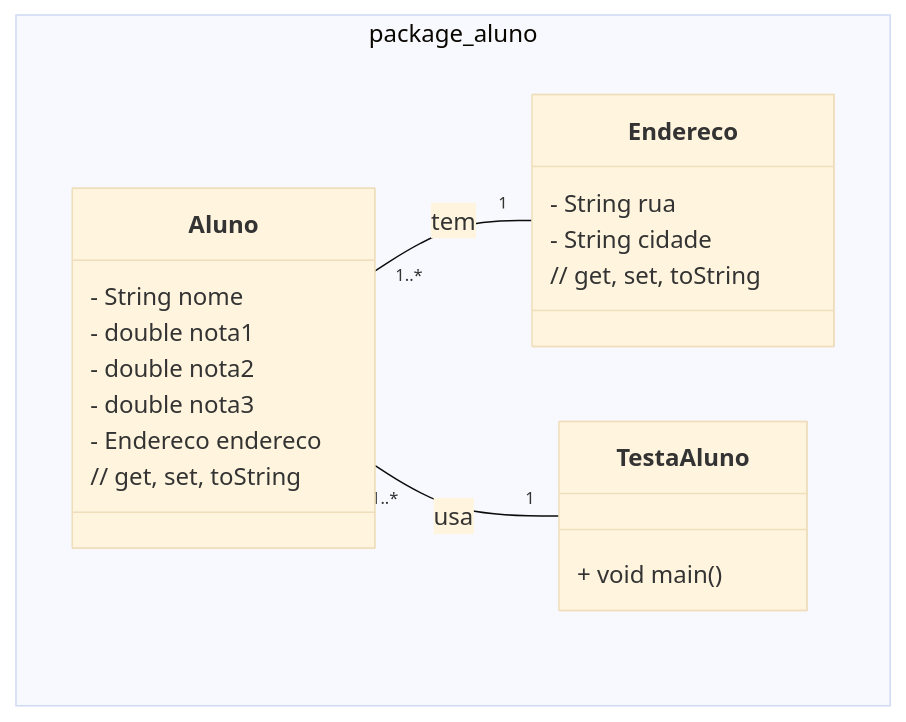
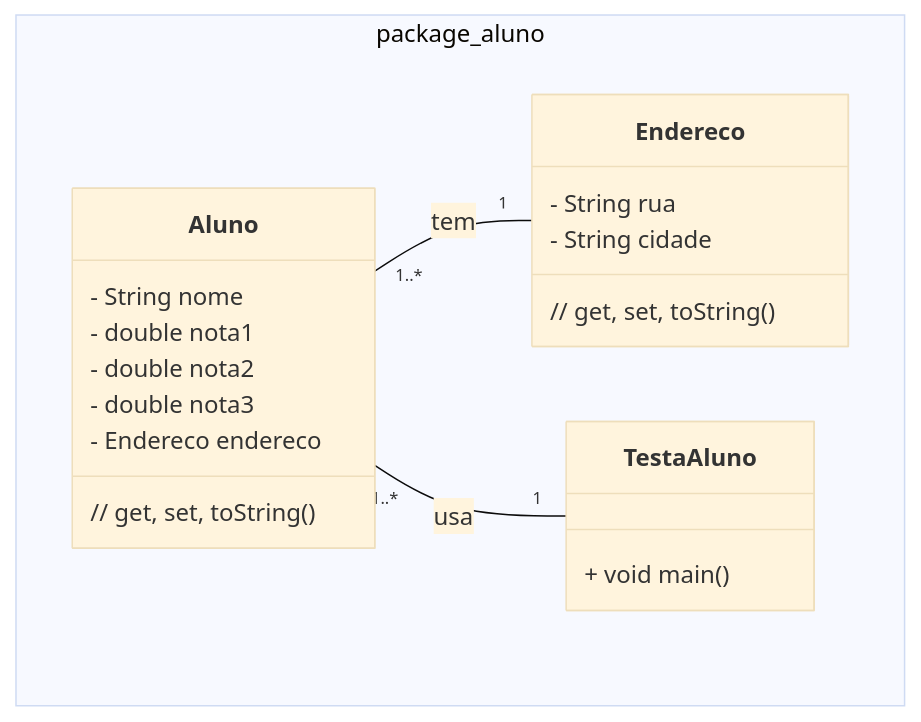
One commit to ap3ufersa/ap3_2024.3_xicoArruda changed the diagram in unidade1/aula5.md. Above: the diagram before and after it, drawn with Mermaid (base theme). The commit also changed 1 other file, not shown here.

Commit message:
Arrumando diagramas

````diff
--- a/unidade1/aula5.md
+++ b/unidade1/aula5.md
@@ -7,25 +7,25 @@
 ```mermaid
 classDiagram
     namespace package_aluno {
         class Aluno {
             - String nome
             - double nota1
             - double nota2
             - double nota3
             - Endereco endereco
-            // get, set, toString
+            // get, set, toString()
         }
 
         class Endereco {
             - String rua
             - String cidade
-            // get, set, toString
+            // get, set, toString()
         }
 
         class TestaAluno {
             + void main()
         }
     }
     Aluno "1..*" -- "1" Endereco : tem
     Aluno "1..*" -- "1" TestaAluno : usa
 ```
````
